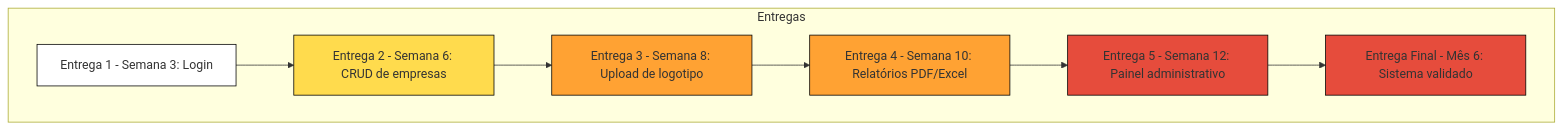
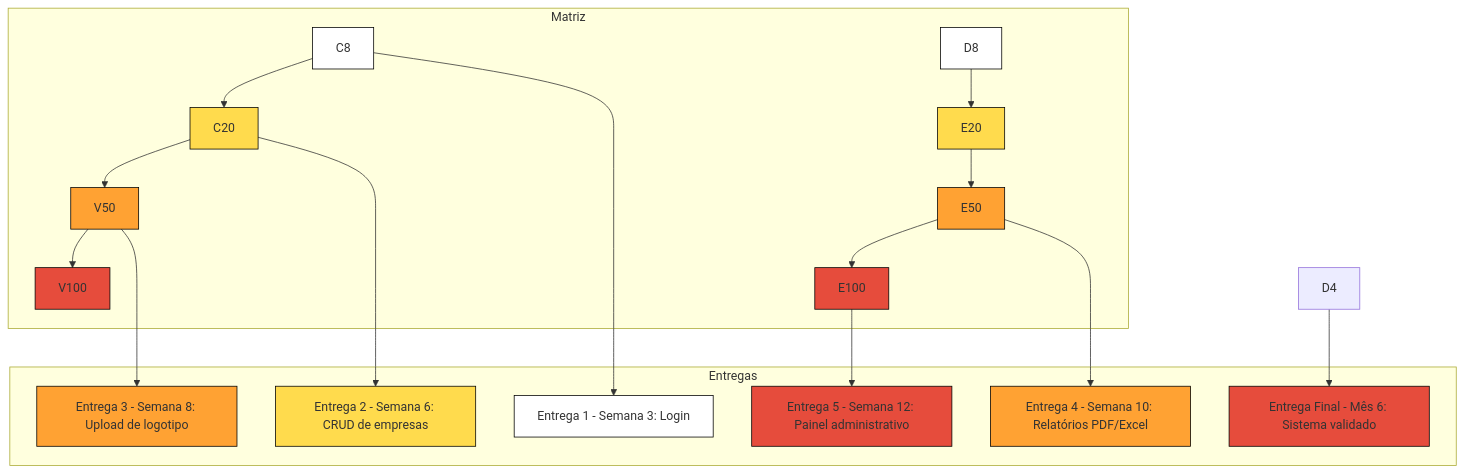
One commit to LucasBParada/modelos-gantt-crystal changed the diagram in README2.md. Above: the diagram before and after it, drawn with Mermaid.

````diff
--- a/README2.md
+++ b/README2.md
@@ -1,18 +1,29 @@
 ```mermaid
 graph TD
+  subgraph Matriz
+    A1["C8"]:::branco --> A2["C20"]:::amarelo --> A3["V50"]:::laranja --> A4["V100"]:::vermelho
+    B1["D8"]:::branco --> B2["E20"]:::amarelo --> B3["E50"]:::laranja --> B4["E100"]:::vermelho
+  end
+
   subgraph Entregas
     E1["Entrega 1 - Semana 3: Login"]:::branco
     E2["Entrega 2 - Semana 6: CRUD de empresas"]:::amarelo
     E3["Entrega 3 - Semana 8: Upload de logotipo"]:::laranja
     E4["Entrega 4 - Semana 10: Relatórios PDF/Excel"]:::laranja
     E5["Entrega 5 - Semana 12: Painel administrativo"]:::vermelho
     EF["Entrega Final - Mês 6: Sistema validado"]:::vermelho
   end
 
-  E1 --> E2 --> E3 --> E4 --> E5 --> EF
+  A1 --> E1
+  A2 --> E2
+  A3 --> E3
+  B3 --> E4
+  B4 --> E5
+  D4 --> EF
 
   classDef branco fill:#fff, stroke:#000, stroke-width:1px;
   classDef amarelo fill:#FFDB4D, stroke:#000, stroke-width:1px;
   classDef laranja fill:#FFA233, stroke:#000, stroke-width:1px;
   classDef vermelho fill:#E64C3C, stroke:#000, stroke-width:1px;
+
 ```
````
